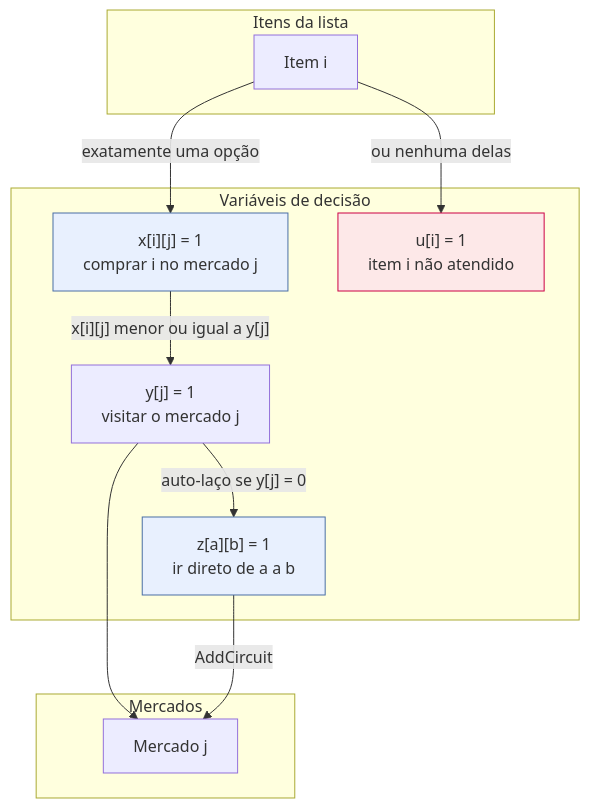
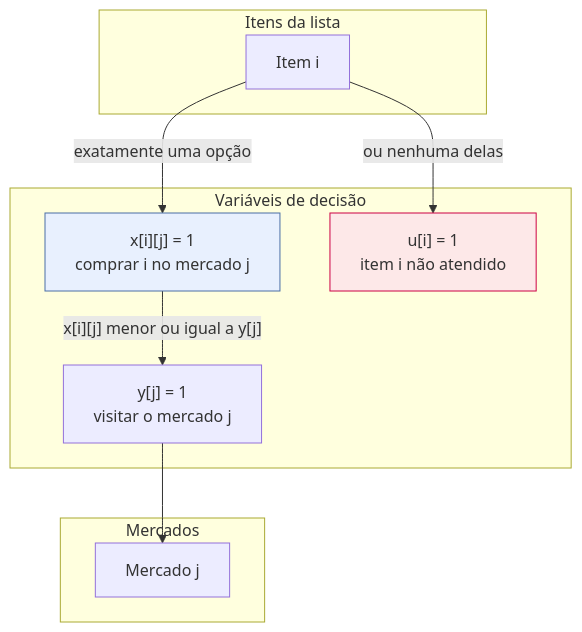
Before and after one commit to chroanz/sad-tcc: the first of 4 diagrams in modelo/docs/formulacao-matematica.md, drawn with Mermaid. The commit also changed other lines of this file and 48 other files, not shown here.

````diff
--- a/modelo/docs/formulacao-matematica.md
+++ b/modelo/docs/formulacao-matematica.md
@@ -78,26 +92,22 @@
 ```mermaid
 graph TD
     subgraph Itens["Itens da lista"]
         I1["Item i"]
     end
     subgraph Decisao["Variáveis de decisão"]
         X["x[i][j] = 1<br/>comprar i no mercado j"]
         U["u[i] = 1<br/>item i não atendido"]
         Y["y[j] = 1<br/>visitar o mercado j"]
-        Z["z[a][b] = 1<br/>ir direto de a a b"]
     end
     subgraph Mercados["Mercados"]
         M1["Mercado j"]
     end
 
     I1 -->|"exatamente uma opção"| X
     I1 -->|"ou nenhuma delas"| U
     X -->|"x[i][j] menor ou igual a y[j]"| Y
     Y --> M1
-    Y -->|"auto-laço se y[j] = 0"| Z
-    Z -->|"AddCircuit"| M1
 
     style U fill:#fde8e8,stroke:#c04
     style X fill:#e8f0fe,stroke:#4a6fa5
-    style Z fill:#e8f0fe,stroke:#4a6fa5
 ```
````
